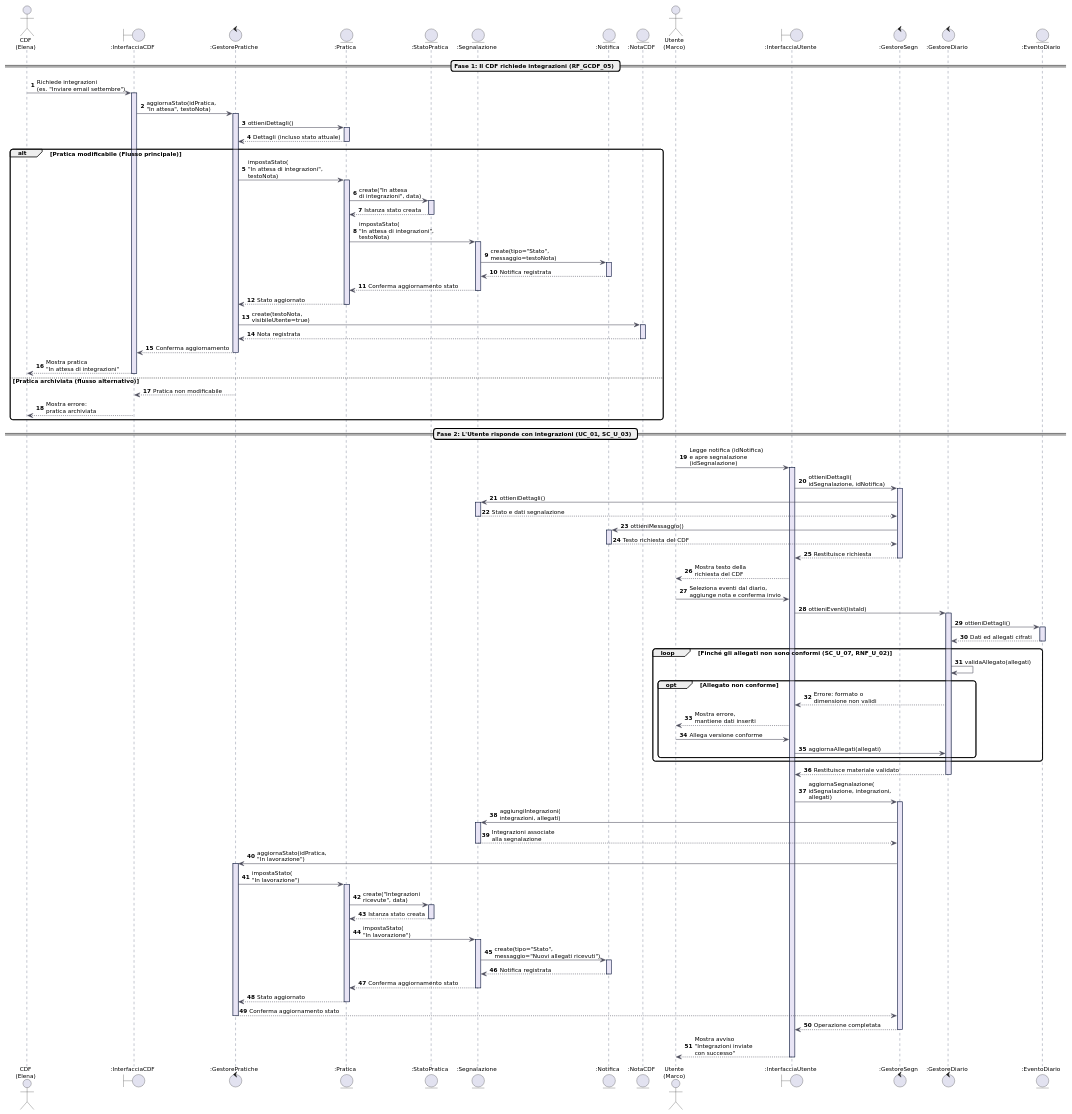
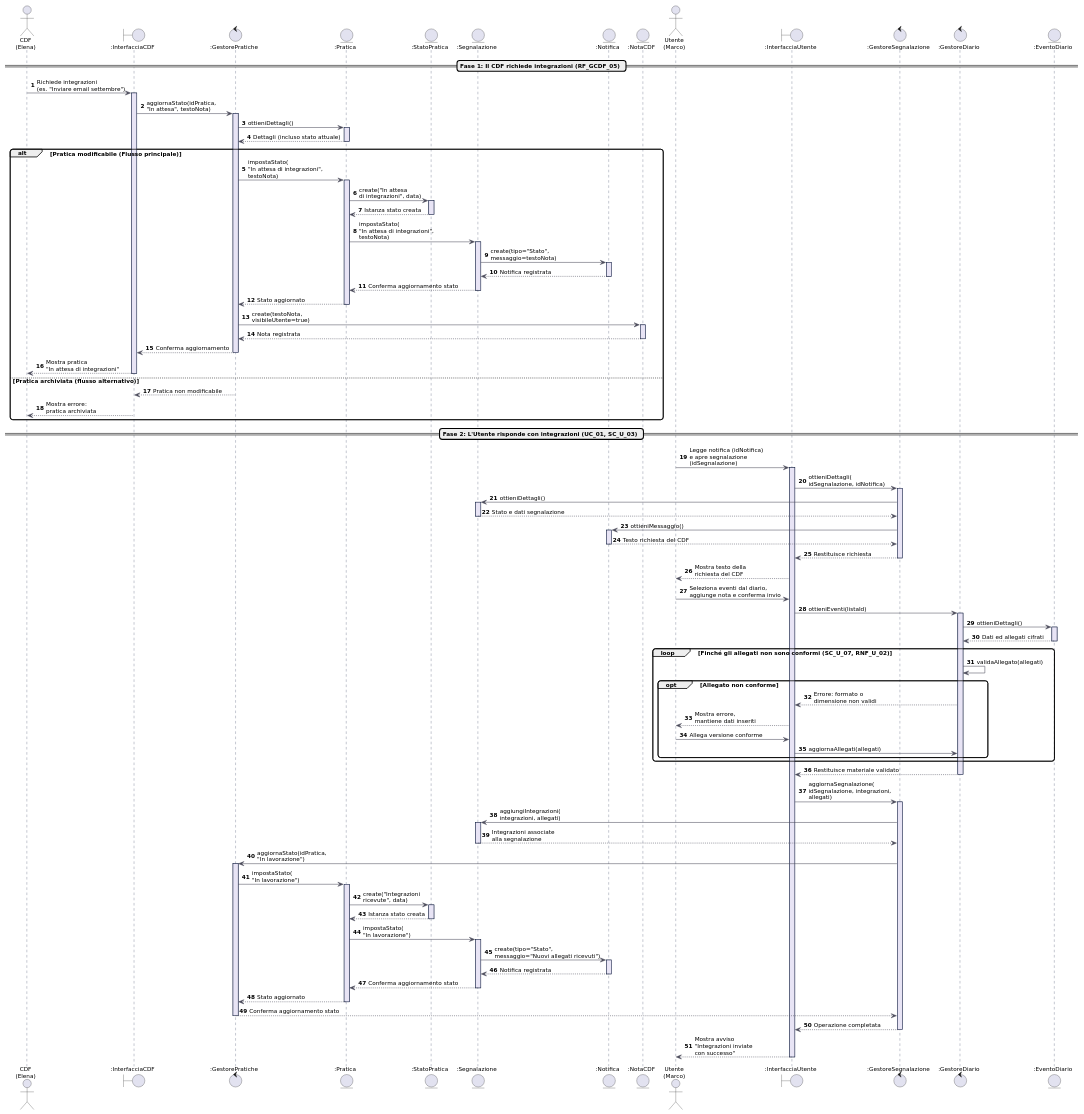
Before and after one commit to pharos-oss/pharos: the diagram in docs/models/sequence/SD_03_Richiesta_e_Invio_Integrazioni.puml, drawn with PlantUML. The commit also changed 8 other files, not shown here.

Commit message:
fix: Correzioni dei nomi estesi, aggiustata l'impaginazione della tabella in main.typ e aggiunta dei #pagebreak, riallineati i diagrammi a seguito delle modifiche apportate nei nomi

```diff
--- a/docs/models/sequence/SD_03_Richiesta_e_Invio_Integrazioni.puml
+++ b/docs/models/sequence/SD_03_Richiesta_e_Invio_Integrazioni.puml
@@ -1,175 +1,175 @@
 @startuml SD_03_Richiesta_e_Invio_Integrazioni
 skinparam shadowing false
 skinparam defaultFontName "DejaVu Sans"
 skinparam defaultFontSize 11
 skinparam roundcorner 10
 skinparam BoxPadding 10
 
 skinparam sequence {
     ArrowColor #4A4A5A
     LifeLineBorderColor #1E2A4A
     LifeLineBackgroundColor #E8E4F5
     ParticipantBorderColor #1E2A4A
     ParticipantBackgroundColor White
     ParticipantFontColor #1E2A4A
     BoxBackgroundColor #F8F9FA
     BoxBorderColor #D0D0D0
 }
 
 autonumber
 
 actor "CDF\n(Elena)" as cdf
 boundary ":InterfacciaCDF" as intCDF
 control ":GestorePratiche" as gestPrat
 entity ":Pratica" as pratica
 entity ":StatoPratica" as statoPrat
 entity ":Segnalazione" as segnalazione
 entity ":Notifica" as notifica
 entity ":NotaCDF" as notaCDF
 actor "Utente\n(Marco)" as utente
 boundary ":InterfacciaUtente" as intUtente
-control ":GestoreSegn" as gestSegn
+control ":GestoreSegnalazione" as gestSegn
 control ":GestoreDiario" as gestDiario
 entity ":EventoDiario" as eventoDiario
 
 == Fase 1: Il CDF richiede integrazioni (RF_GCDF_05) ==
 
 cdf -> intCDF : Richiede integrazioni\n(es. "Inviare email settembre")
 activate intCDF
 
 intCDF -> gestPrat : aggiornaStato(idPratica,\n"In attesa", testoNota)
 activate gestPrat
 
 gestPrat -> pratica : ottieniDettagli()
 activate pratica
 pratica --> gestPrat : Dettagli (incluso stato attuale)
 deactivate pratica
 
 alt Pratica modificabile (Flusso principale)
     gestPrat -> pratica : impostaStato(\n"In attesa di integrazioni",\ntestoNota)
     activate pratica
     
     pratica -> statoPrat : create("In attesa\ndi integrazioni", data)
     activate statoPrat
     statoPrat --> pratica : Istanza stato creata
     deactivate statoPrat
     
     pratica -> segnalazione : impostaStato(\n"In attesa di integrazioni",\ntestoNota)
     activate segnalazione
     
     segnalazione -> notifica : create(tipo="Stato",\nmessaggio=testoNota)
     activate notifica
     notifica --> segnalazione : Notifica registrata
     deactivate notifica
     
     segnalazione --> pratica : Conferma aggiornamento stato
     deactivate segnalazione
     
     pratica --> gestPrat : Stato aggiornato
     deactivate pratica
     
     gestPrat -> notaCDF : create(testoNota,\nvisibileUtente=true)
     activate notaCDF
     notaCDF --> gestPrat : Nota registrata
     deactivate notaCDF
     
     gestPrat --> intCDF : Conferma aggiornamento
     deactivate gestPrat
     intCDF --> cdf : Mostra pratica\n"In attesa di integrazioni"
     deactivate intCDF
     
 else Pratica archiviata (flusso alternativo)
     gestPrat --> intCDF : Pratica non modificabile
     intCDF --> cdf : Mostra errore:\npratica archiviata
 end
 
 == Fase 2: L'Utente risponde con integrazioni (UC_01, SC_U_03) ==
 
 utente -> intUtente : Legge notifica (idNotifica)\ne apre segnalazione\n(idSegnalazione)
 activate intUtente
 
 intUtente -> gestSegn : ottieniDettagli(\nidSegnalazione, idNotifica)
 activate gestSegn
 
 gestSegn -> segnalazione : ottieniDettagli()
 activate segnalazione
 segnalazione --> gestSegn : Stato e dati segnalazione
 deactivate segnalazione
 
 gestSegn -> notifica : ottieniMessaggio()
 activate notifica
 notifica --> gestSegn : Testo richiesta del CDF
 deactivate notifica
 
 gestSegn --> intUtente : Restituisce richiesta
 deactivate gestSegn
 
 intUtente --> utente : Mostra testo della\nrichiesta del CDF
 
 utente -> intUtente : Seleziona eventi dal diario,\naggiunge nota e conferma invio
 
 intUtente -> gestDiario : ottieniEventi(listaId)
 activate gestDiario
 
 gestDiario -> eventoDiario : ottieniDettagli()
 activate eventoDiario
 eventoDiario --> gestDiario : Dati ed allegati cifrati
 deactivate eventoDiario
 
 loop Finché gli allegati non sono conformi (SC_U_07, RNF_U_02)
     gestDiario -> gestDiario : validaAllegato(allegati)
     
     opt Allegato non conforme
         gestDiario --> intUtente : Errore: formato o\ndimensione non validi
         intUtente --> utente : Mostra errore,\nmantiene dati inseriti
         utente -> intUtente : Allega versione conforme
         intUtente -> gestDiario : aggiornaAllegati(allegati)
     end
 end
 
 gestDiario --> intUtente : Restituisce materiale validato
 deactivate gestDiario
 
 intUtente -> gestSegn : aggiornaSegnalazione(\nidSegnalazione, integrazioni,\nallegati)
 activate gestSegn
 
 gestSegn -> segnalazione : aggiungiIntegrazioni(\nintegrazioni, allegati)
 activate segnalazione
 segnalazione --> gestSegn : Integrazioni associate\nalla segnalazione
 deactivate segnalazione
 
 gestSegn -> gestPrat : aggiornaStato(idPratica,\n"In lavorazione")
 activate gestPrat
 
 gestPrat -> pratica : impostaStato(\n"In lavorazione")
 activate pratica
 
 pratica -> statoPrat : create("Integrazioni\nricevute", data)
 activate statoPrat
 statoPrat --> pratica : Istanza stato creata
 deactivate statoPrat
 
 pratica -> segnalazione : impostaStato(\n"In lavorazione")
 activate segnalazione
 
 segnalazione -> notifica : create(tipo="Stato",\nmessaggio="Nuovi allegati ricevuti")
 activate notifica
 notifica --> segnalazione : Notifica registrata
 deactivate notifica
 
 segnalazione --> pratica : Conferma aggiornamento stato
 deactivate segnalazione
 
 pratica --> gestPrat : Stato aggiornato
 deactivate pratica
 
 gestPrat --> gestSegn : Conferma aggiornamento stato
 deactivate gestPrat
 
 gestSegn --> intUtente : Operazione completata
 deactivate gestSegn
 
 intUtente --> utente : Mostra avviso\n"Integrazioni inviate\ncon successo"
 deactivate intUtente
 
 @enduml
```
